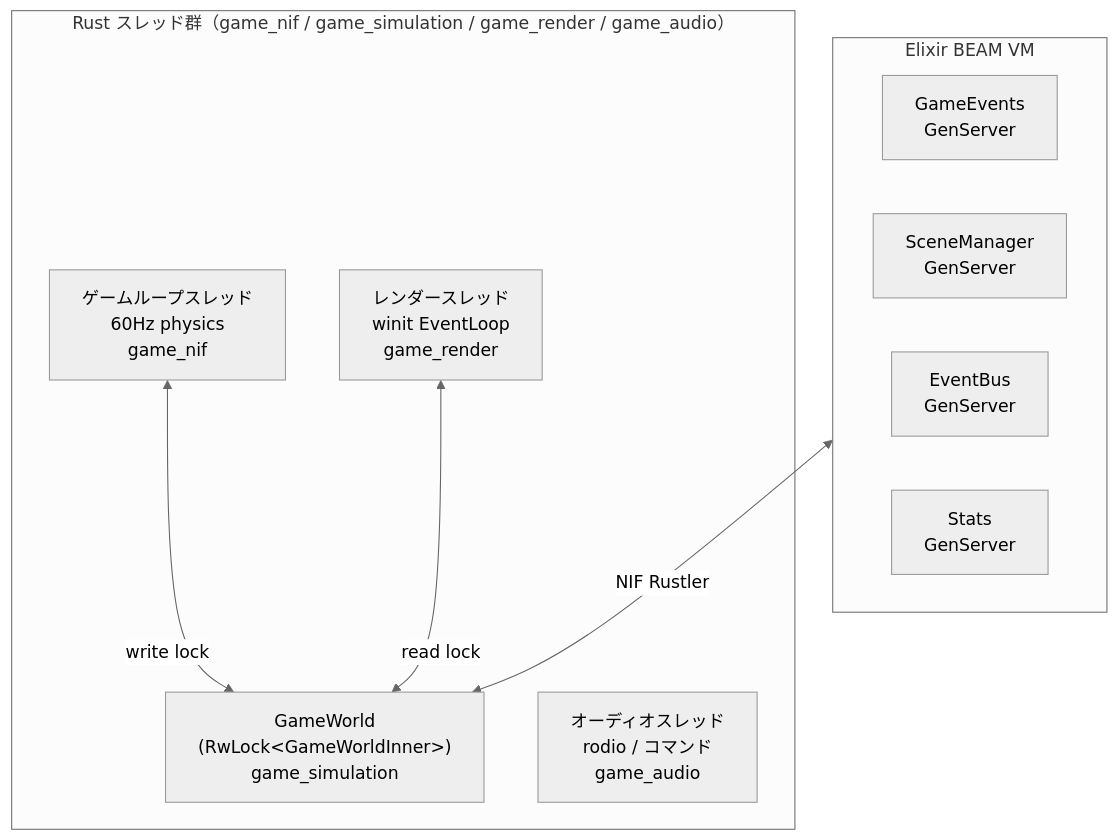
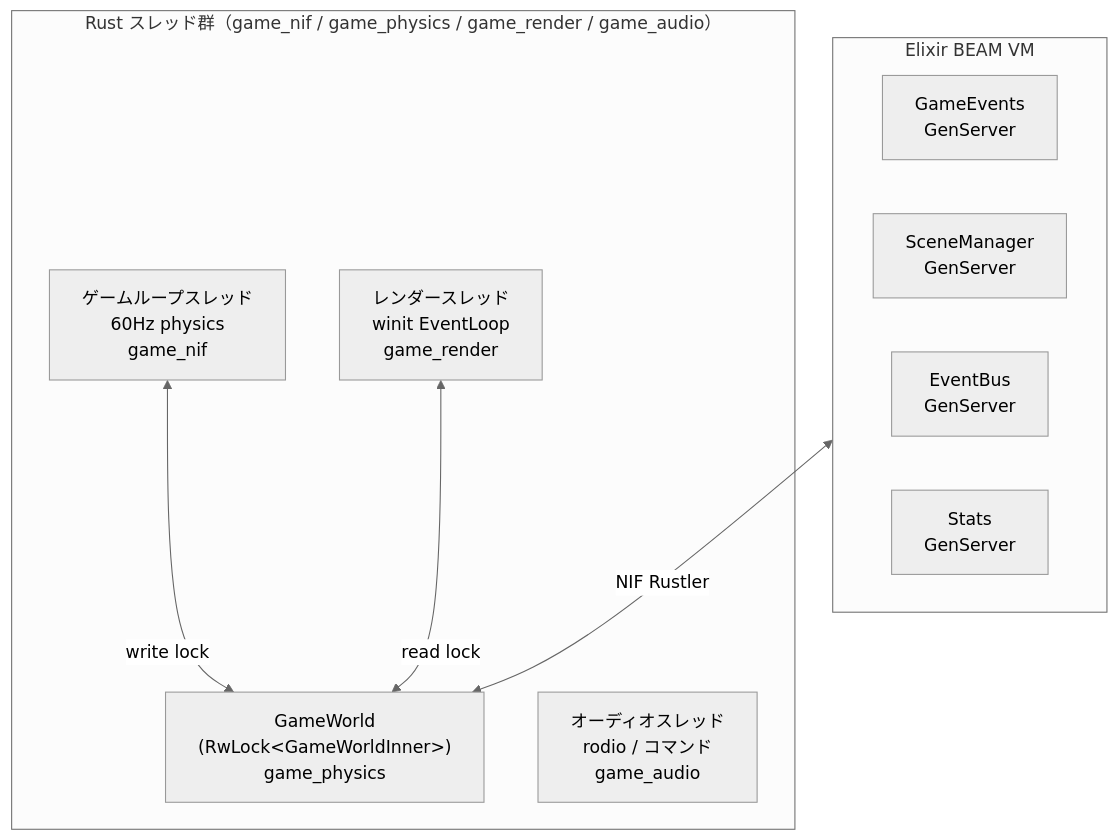
Diagram 12 of 12 in docs/data-flow.md (FRICK-ELDY/alchemy-engine), drawn with Mermaid (neutral theme) before and after one commit. The commit also changed 56 other files, not shown here.

Commit message:
refactor: rename game_simulation crate to game_physics

````diff
--- a/docs/data-flow.md
+++ b/docs/data-flow.md
@@ -278,21 +278,21 @@
 ```mermaid
 graph TB
     subgraph BEAM["Elixir BEAM VM"]
         GEV[GameEvents\nGenServer]
         SCM[SceneManager\nGenServer]
         EVB[EventBus\nGenServer]
         STS[Stats\nGenServer]
     end
 
     BEAM <-->|NIF Rustler| GW
 
-    subgraph RUST["Rust スレッド群（game_nif / game_simulation / game_render / game_audio）"]
+    subgraph RUST["Rust スレッド群（game_nif / game_physics / game_render / game_audio）"]
         GL[ゲームループスレッド\n60Hz physics\ngame_nif]
         RT[レンダースレッド\nwinit EventLoop\ngame_render]
         AT[オーディオスレッド\nrodio / コマンド\ngame_audio]
-        GW["GameWorld\n(RwLock&lt;GameWorldInner&gt;)\ngame_simulation"]
+        GW["GameWorld\n(RwLock&lt;GameWorldInner&gt;)\ngame_physics"]
 
         GL <-->|write lock| GW
         RT <-->|read lock| GW
     end
 ```
````
